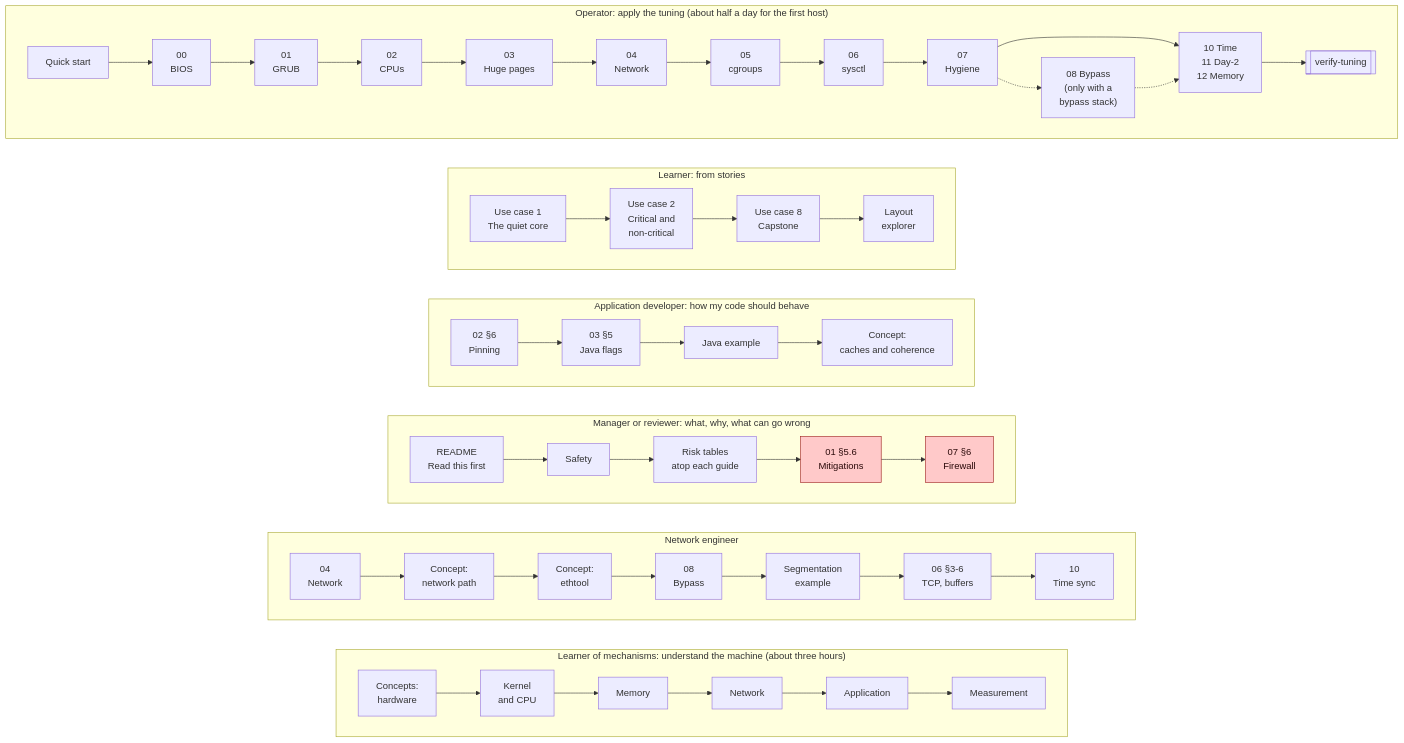
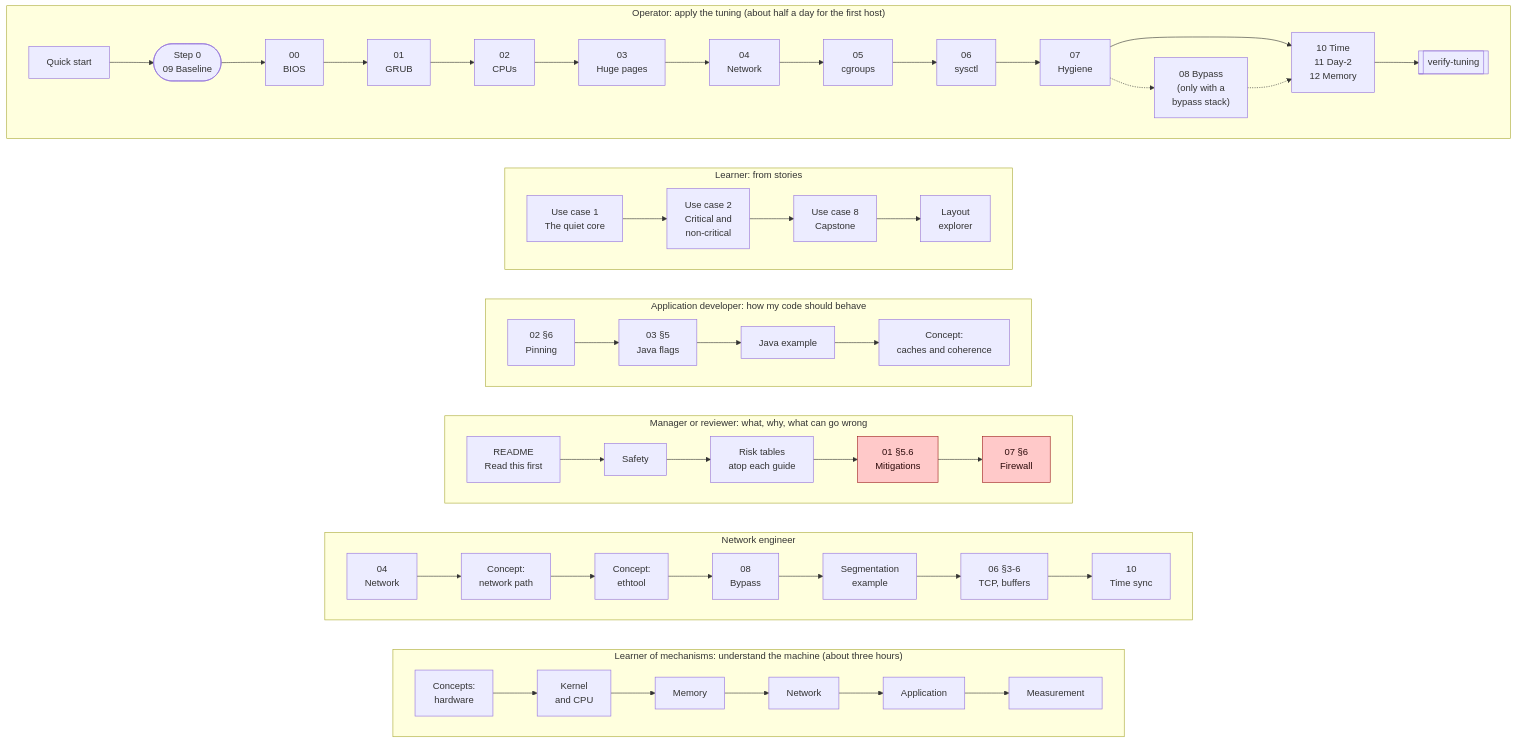
Before and after one commit to vitor-tadashi/mechanical-sympathy: the first of 2 diagrams in INDEX.md, drawn with Mermaid. The commit also changed other lines of this file and 15 other files, not shown here.

````diff
--- a/INDEX.md
+++ b/INDEX.md
@@ -7,31 +7,31 @@
 ```mermaid
 flowchart TD
   subgraph op["Operator: apply the tuning (about half a day for the first host)"]
     direction LR
-    o0["Quick start"] --> o00["00<br/>BIOS"] --> o1["01<br/>GRUB"] --> o2["02<br/>CPUs"] --> o3["03<br/>Huge pages"] --> o4["04<br/>Network"] --> o5["05<br/>cgroups"] --> o6["06<br/>sysctl"] --> o7["07<br/>Hygiene"] --> o10["10 Time<br/>11 Day-2<br/>12 Memory"] --> ov[["verify-tuning"]]
+    o0["Quick start"] --> o09(["Step 0<br/>09 Baseline"]) --> o00["00<br/>BIOS"] --> o1["01<br/>GRUB"] --> o2["02<br/>CPUs"] --> o3["03<br/>Huge pages"] --> o4["04<br/>Network"] --> o5["05<br/>cgroups"] --> o6["06<br/>sysctl"] --> o7["07<br/>Hygiene"] --> o10["10 Time<br/>11 Day-2<br/>12 Memory"] --> ov[["verify-tuning"]]
     o7 -.-> o8["08 Bypass<br/>(only with a<br/>bypass stack)"] -.-> o10
   end
   subgraph story["Learner: from stories"]
     direction LR
     s1["Use case 1<br/>The quiet core"] --> s2["Use case 2<br/>Critical and<br/>non-critical"] --> s3["Use case 8<br/>Capstone"] --> s4["Layout<br/>explorer"]
   end
   subgraph dev["Application developer: how my code should behave"]
     direction LR
     d1["02 §6<br/>Pinning"] --> d2["03 §5<br/>Java flags"] --> d3["Java example"] --> d4["Concept:<br/>caches and coherence"]
   end
   subgraph mgr["Manager or reviewer: what, why, what can go wrong"]
     direction LR
     m1["README<br/>Read this first"] --> m1b["Safety"] --> m2["Risk tables<br/>atop each guide"] --> m3["01 §5.6<br/>Mitigations"] --> m4["07 §6<br/>Firewall"]
   end
   subgraph net["Network engineer"]
     direction LR
     n1["04<br/>Network"] --> n2["Concept:<br/>network path"] --> n3["Concept:<br/>ethtool"] --> n4["08<br/>Bypass"] --> n5["Segmentation<br/>example"] --> n6["06 §3-6<br/>TCP, buffers"] --> n7["10<br/>Time sync"]
   end
   subgraph learn["Learner of mechanisms: understand the machine (about three hours)"]
     direction LR
     u1["Concepts:<br/>hardware"] --> u2["Kernel<br/>and CPU"] --> u3["Memory"] --> u4["Network"] --> u5["Application"] --> u6["Measurement"]
   end
   op ~~~ story ~~~ dev ~~~ mgr ~~~ net ~~~ learn
   classDef risk fill:#ffc9c9,stroke:#9b1c1c,color:#2b0a0a
   class m3,m4 risk
 ```
````
